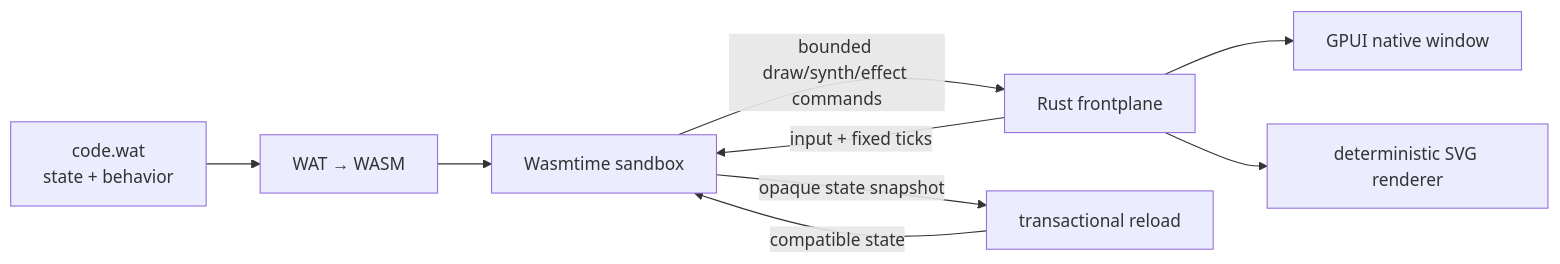
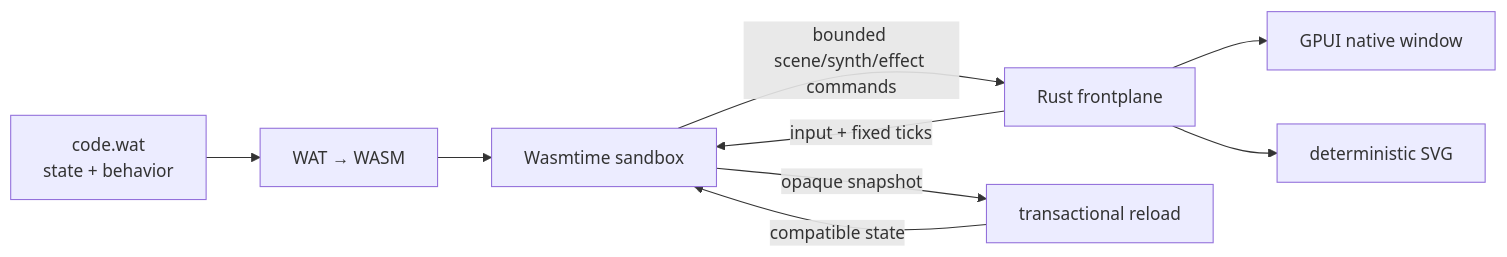
The diagram in README.md (pmarreck/aedicule), drawn with Mermaid before and after one commit. The commit also changed other lines of this file and 28 other files, not shown here.

````diff
--- a/README.md
+++ b/README.md
@@ -71,11 +63,11 @@
 ```mermaid
 flowchart LR
 	WAT["code.wat<br/>state + behavior"] --> COMPILE["WAT → WASM"]
 	COMPILE --> VM["Wasmtime sandbox"]
 	HOST["Rust frontplane"] -->|"input + fixed ticks"| VM
-	VM -->|"bounded draw/synth/effect commands"| HOST
-	VM -->|"opaque state snapshot"| RELOAD["transactional reload"]
+	VM -->|"bounded scene/synth/effect commands"| HOST
+	VM -->|"opaque snapshot"| RELOAD["transactional reload"]
 	RELOAD -->|"compatible state"| VM
 	HOST --> GPUI["GPUI native window"]
-	HOST --> HEADLESS["deterministic SVG renderer"]
+	HOST --> HEADLESS["deterministic SVG"]
 ```
````
